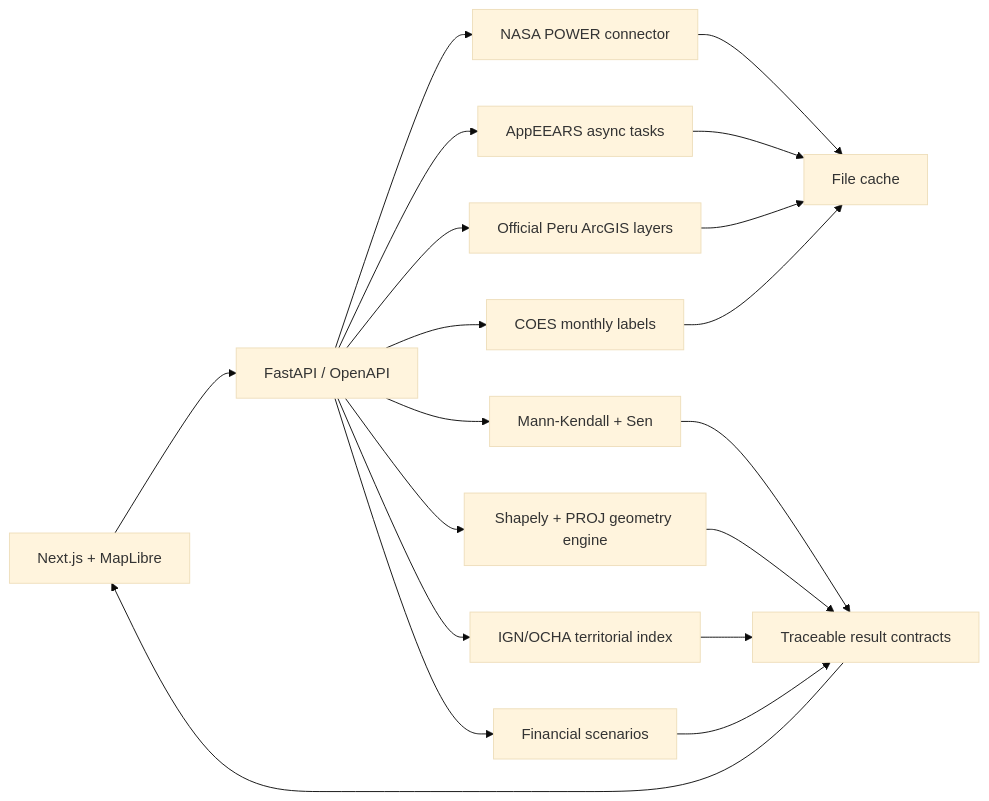
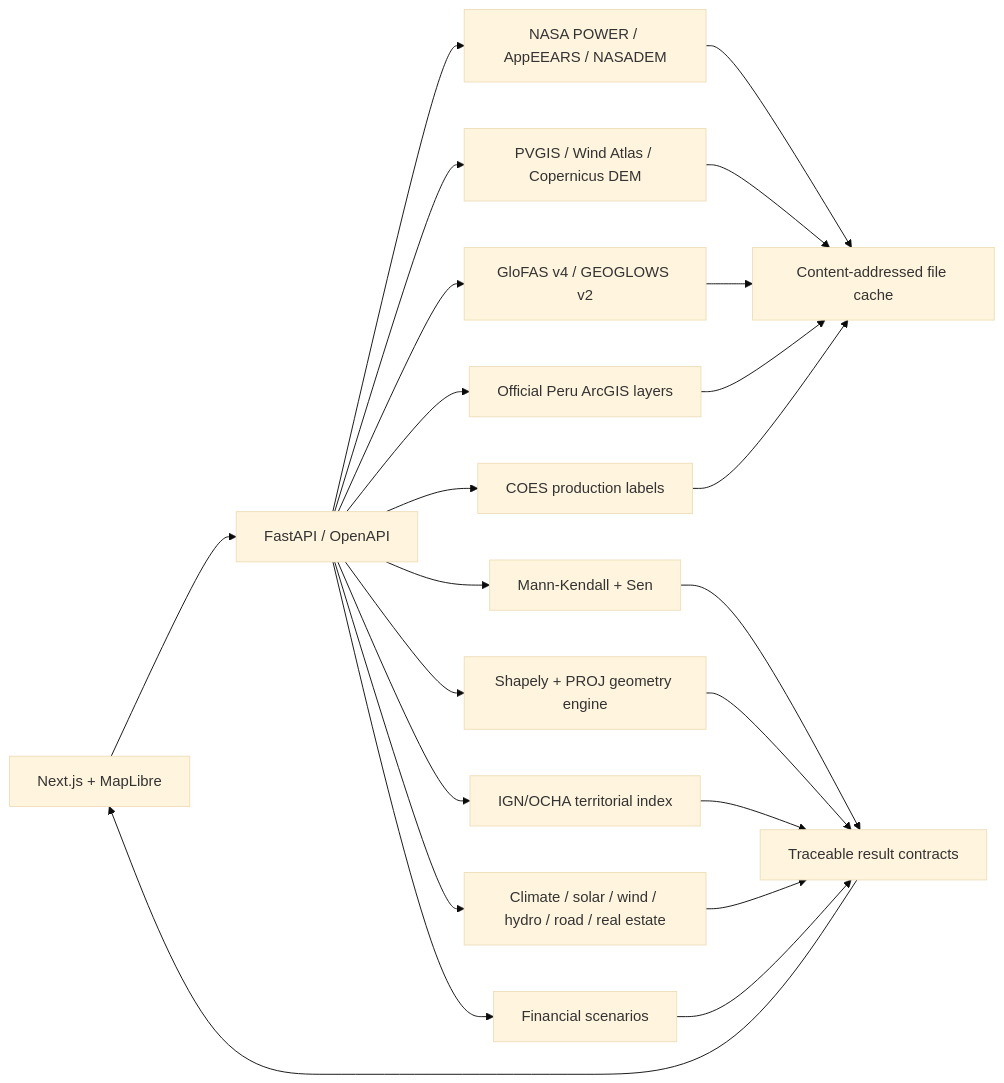
The diagram in docs/nasa-submission/TECHNICAL_ARCHITECTURE.md (AndresVZ23/los-causas-espaciales), drawn with Mermaid (base theme) before and after one commit. The commit also changed other lines of this file and 2 other files, not shown here.

Commit message:
docs: close hydro sources and architecture handoff

````diff
--- a/docs/nasa-submission/TECHNICAL_ARCHITECTURE.md
+++ b/docs/nasa-submission/TECHNICAL_ARCHITECTURE.md
@@ -5,21 +5,25 @@
 ```mermaid
 flowchart LR
   UI[Next.js + MapLibre] --> API[FastAPI / OpenAPI]
-  API --> POWER[NASA POWER connector]
-  API --> APPEEARS[AppEEARS async tasks]
+  API --> NASA[NASA POWER / AppEEARS / NASADEM]
+  API --> SECOND[PVGIS / Wind Atlas / Copernicus DEM]
+  API --> FLOW[GloFAS v4 / GEOGLOWS v2]
   API --> PERU[Official Peru ArcGIS layers]
-  API --> COES[COES monthly labels]
-  POWER --> CACHE[File cache]
-  APPEEARS --> CACHE
+  API --> COES[COES production labels]
+  NASA --> CACHE[Content-addressed file cache]
+  SECOND --> CACHE
+  FLOW --> CACHE
   PERU --> CACHE
   COES --> CACHE
   API --> STATS[Mann-Kendall + Sen]
   API --> GEO[Shapely + PROJ geometry engine]
   API --> TERR[IGN/OCHA territorial index]
+  API --> SECTORS[Climate / solar / wind / hydro / road / real estate]
   API --> FIN[Financial scenarios]
   STATS --> CONTRACT[Traceable result contracts]
   GEO --> CONTRACT
   TERR --> CONTRACT
+  SECTORS --> CONTRACT
   FIN --> CONTRACT
   CONTRACT --> UI
 ```
````
